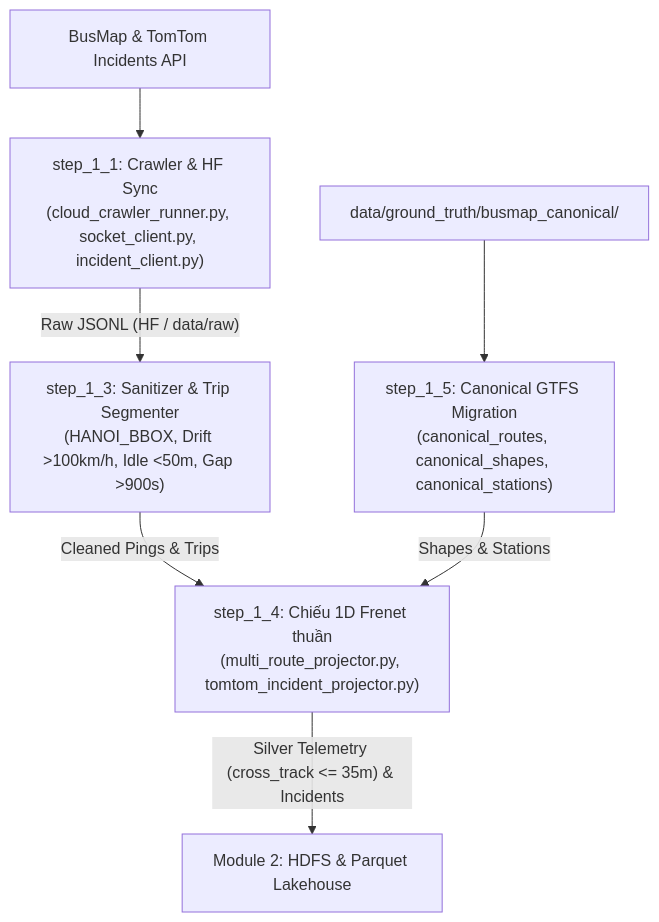
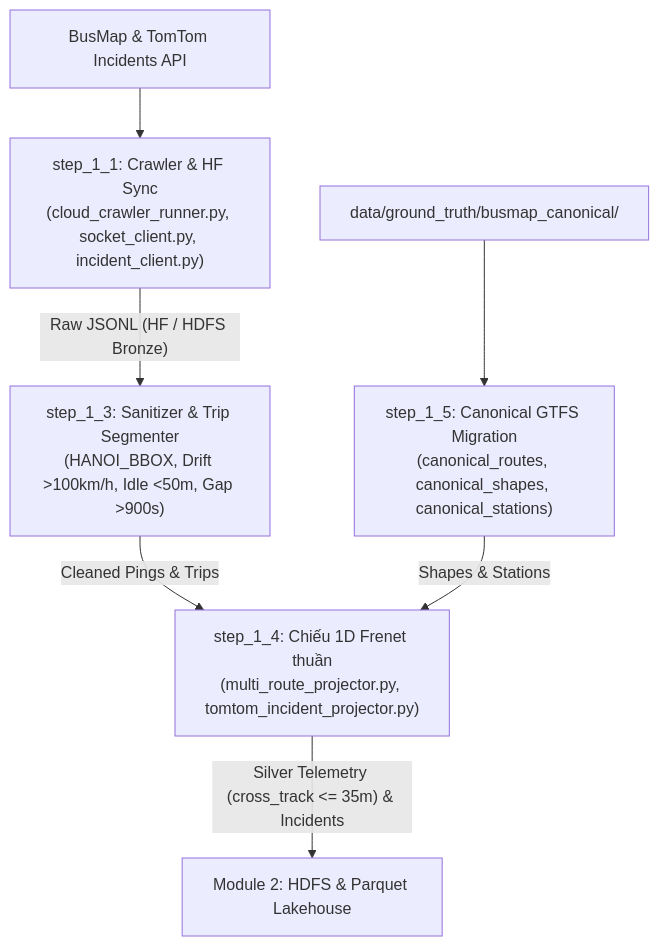
The diagram in module_1_data_ingestion_and_preprocessing/README.md (toibinguz/Bus_tracking), drawn with Mermaid before and after one commit. The commit also changed other lines of this file, not shown here.

Commit message:
docs(module_1): align output description with HDFS-first flow

````diff
--- a/module_1_data_ingestion_and_preprocessing/README.md
+++ b/module_1_data_ingestion_and_preprocessing/README.md
@@ -9,9 +9,9 @@
 ```mermaid
 flowchart TD
     BM["BusMap & TomTom Incidents API"] --> S11["step_1_1: Crawler & HF Sync\n(cloud_crawler_runner.py, socket_client.py, incident_client.py)"]
-    S11 -->|"Raw JSONL (HF / data/raw)"| S13["step_1_3: Sanitizer & Trip Segmenter\n(HANOI_BBOX, Drift >100km/h, Idle <50m, Gap >900s)"]
+    S11 -->|"Raw JSONL (HF / HDFS Bronze)"| S13["step_1_3: Sanitizer & Trip Segmenter\n(HANOI_BBOX, Drift >100km/h, Idle <50m, Gap >900s)"]
     GTFS["data/ground_truth/busmap_canonical/"] --> S15["step_1_5: Canonical GTFS Migration\n(canonical_routes, canonical_shapes, canonical_stations)"]
     S13 -->|"Cleaned Pings & Trips"| S14["step_1_4: Chiếu 1D Frenet thuần\n(multi_route_projector.py, tomtom_incident_projector.py)"]
     S15 -->|"Shapes & Stations"| S14
     S14 -->|"Silver Telemetry (cross_track <= 35m) & Incidents"| M2["Module 2: HDFS & Parquet Lakehouse"]
 ```
````
